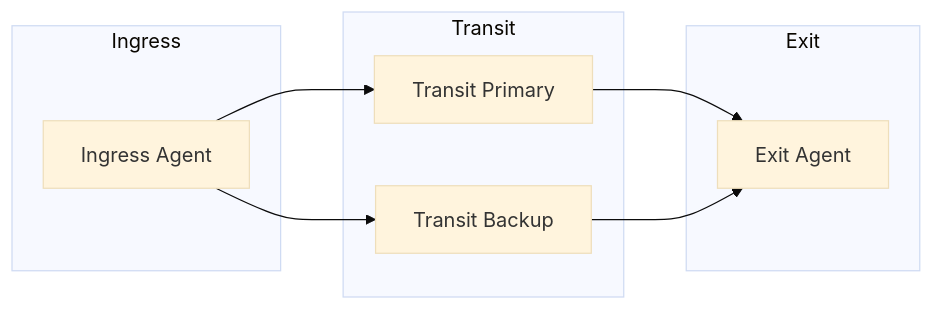
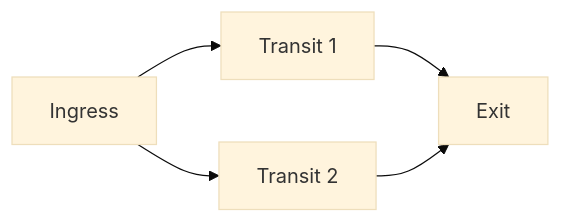
The first of 4 diagrams in docs/docs/deployment/high-availability.md (Muti-Metroo/Muti-Metroo), drawn with Mermaid (base theme) before and after one commit. The commit also changed other lines of this file and 156 other files, not shown here.

````diff
--- a/docs/docs/deployment/high-availability.md
+++ b/docs/docs/deployment/high-availability.md
@@ -35,20 +62,7 @@
 ```mermaid
 flowchart LR
-    subgraph Ingress
-        I[Ingress Agent]
-    end
-
-    subgraph Transit
-        TP[Transit Primary]
-        TB[Transit Backup]
-    end
-
-    subgraph Exit
-        E[Exit Agent]
-    end
-
-    I --> TP
-    I --> TB
-    TP --> E
-    TB --> E
+    I[Ingress] --> T1[Transit 1]
+    I --> T2[Transit 2]
+    T1 --> E[Exit]
+    T2 --> E
 ```
````
